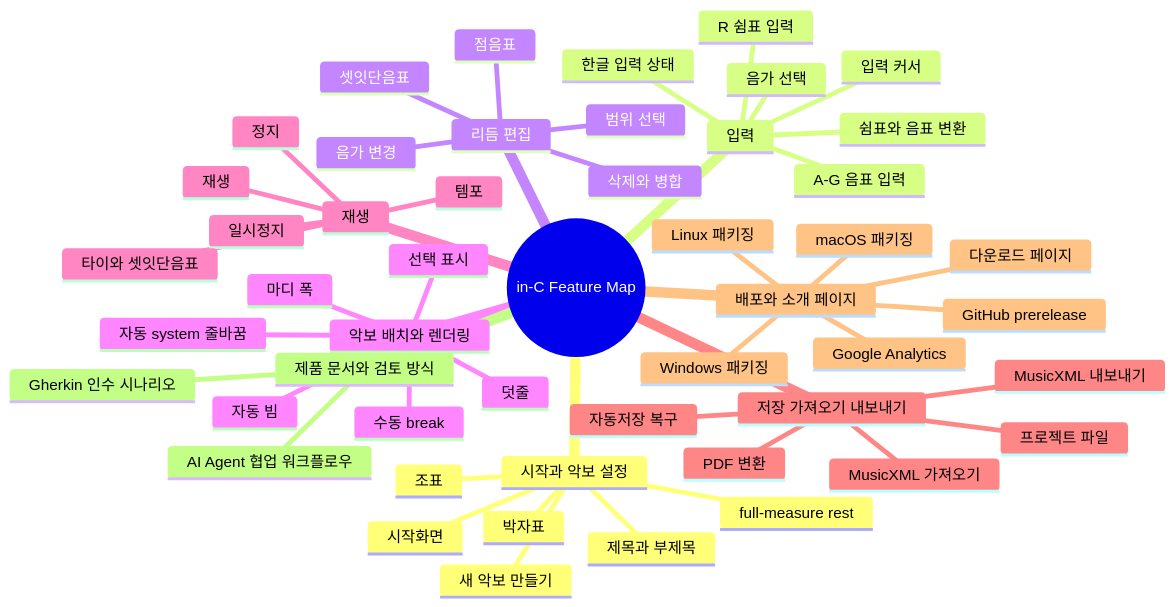
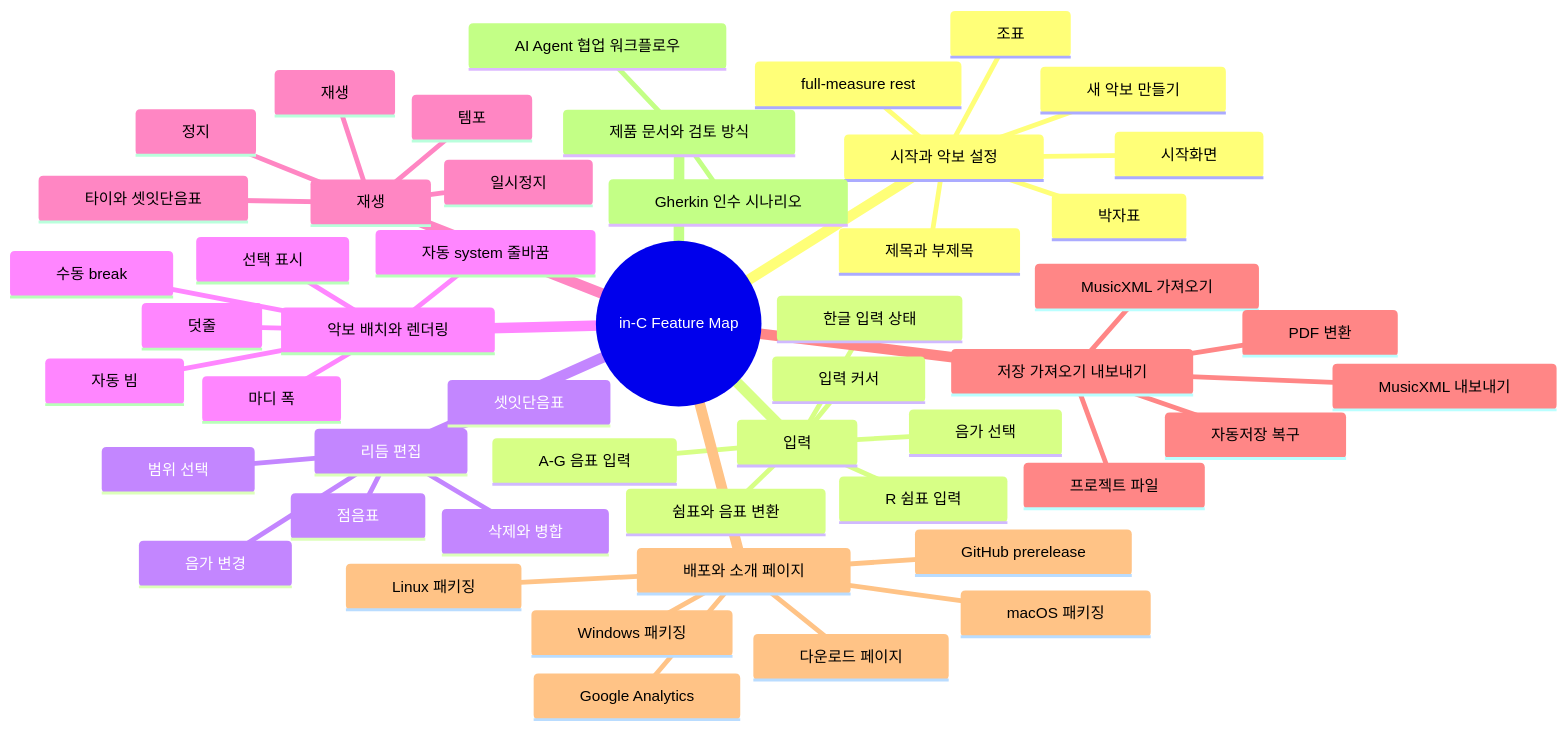
Before and after one commit to mann-lab-apps/in-c: the diagram in docs/product/feature-map.md, drawn with Mermaid.

Commit message:
Widen Mermaid feature map

````diff
--- a/docs/product/feature-map.md
+++ b/docs/product/feature-map.md
@@ -10,53 +10,54 @@
 ```mermaid
+%%{init: {"mindmap": {"useMaxWidth": false, "padding": 24, "maxNodeWidth": 280}}}%%
 mindmap
   root((in-C Feature Map))
     시작과 악보 설정
       시작화면
       새 악보 만들기
       제목과 부제목
       박자표
       조표
       full-measure rest
     입력
       음가 선택
       A-G 음표 입력
       쉼표와 음표 변환
       R 쉼표 입력
       입력 커서
       한글 입력 상태
     리듬 편집
       음가 변경
       삭제와 병합
       점음표
       셋잇단음표
       범위 선택
     악보 배치와 렌더링
       자동 system 줄바꿈
       마디 폭
       자동 빔
       덧줄
       선택 표시
       수동 break
     재생
       재생
       일시정지
       정지
       템포
       타이와 셋잇단음표
     저장 가져오기 내보내기
       MusicXML 가져오기
       MusicXML 내보내기
       PDF 변환
       자동저장 복구
       프로젝트 파일
     배포와 소개 페이지
       GitHub prerelease
       macOS 패키징
       Windows 패키징
       Linux 패키징
       다운로드 페이지
       Google Analytics
     제품 문서와 검토 방식
       Gherkin 인수 시나리오
       AI Agent 협업 워크플로우
 ```
````
